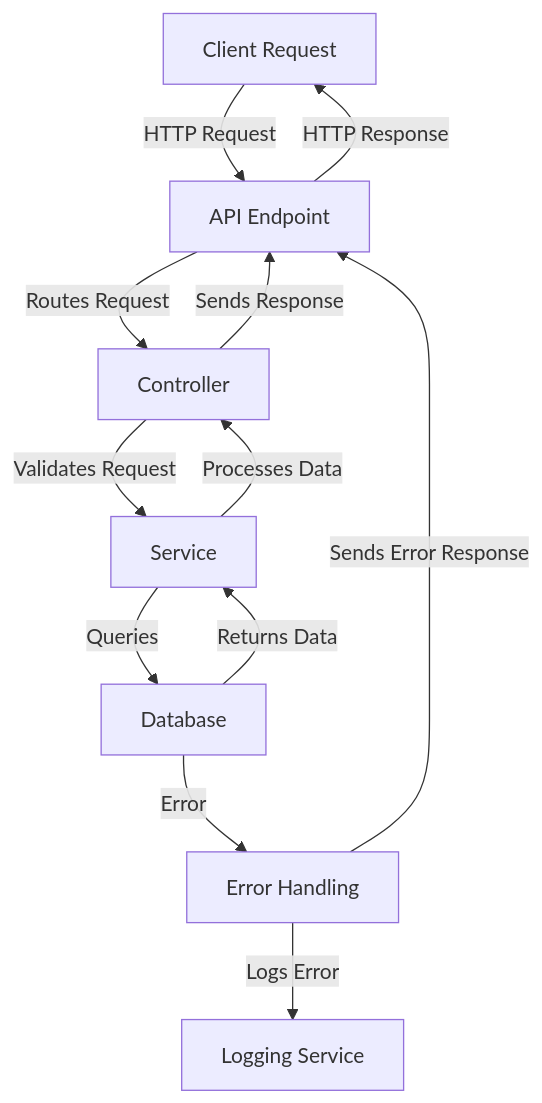
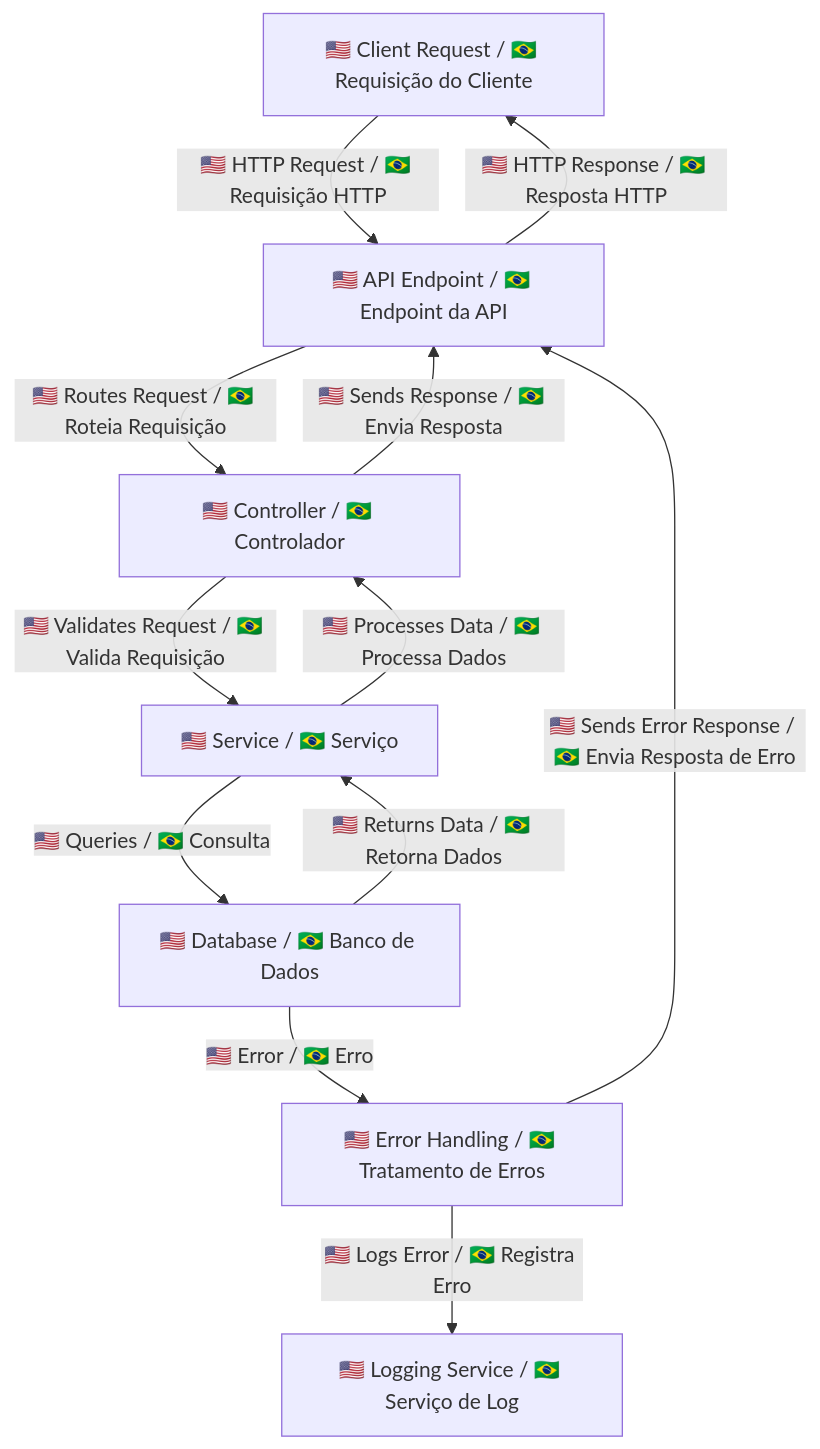
The second of 2 diagrams in README.md (mayconlemosCloud/node-api), drawn with Mermaid before and after one commit. The commit also changed other lines of this file, not shown here.

````diff
--- a/README.md
+++ b/README.md
@@ -119,14 +138,14 @@
 ```mermaid
 graph TD
-    A[Client Request] -->|HTTP Request| B[API Endpoint]
-    B -->|Routes Request| C[Controller]
-    C -->|Validates Request| D[Service]
-    D -->|Queries| E[Database]
-    E -->|Returns Data| D
-    E -->|Error| J[Error Handling]
-    D -->|Processes Data| C
-    C -->|Sends Response| B
-    B -->|HTTP Response| A
-    J -->|Logs Error| K[Logging Service]
-    J -->|Sends Error Response| B
+    A[🇺🇸 Client Request / 🇧🇷 Requisição do Cliente] -->|🇺🇸 HTTP Request / 🇧🇷 Requisição HTTP| B[🇺🇸 API Endpoint / 🇧🇷 Endpoint da API]
+    B -->|🇺🇸 Routes Request / 🇧🇷 Roteia Requisição| C[🇺🇸 Controller / 🇧🇷 Controlador]
+    C -->|🇺🇸 Validates Request / 🇧🇷 Valida Requisição| D[🇺🇸 Service / 🇧🇷 Serviço]
+    D -->|🇺🇸 Queries / 🇧🇷 Consulta| E[🇺🇸 Database / 🇧🇷 Banco de Dados]
+    E -->|🇺🇸 Returns Data / 🇧🇷 Retorna Dados| D
+    E -->|🇺🇸 Error / 🇧🇷 Erro| J[🇺🇸 Error Handling / 🇧🇷 Tratamento de Erros]
+    D -->|🇺🇸 Processes Data / 🇧🇷 Processa Dados| C
+    C -->|🇺🇸 Sends Response / 🇧🇷 Envia Resposta| B
+    B -->|🇺🇸 HTTP Response / 🇧🇷 Resposta HTTP| A
+    J -->|🇺🇸 Logs Error / 🇧🇷 Registra Erro| K[🇺🇸 Logging Service / 🇧🇷 Serviço de Log]
+    J -->|🇺🇸 Sends Error Response / 🇧🇷 Envia Resposta de Erro| B
 ```
````
